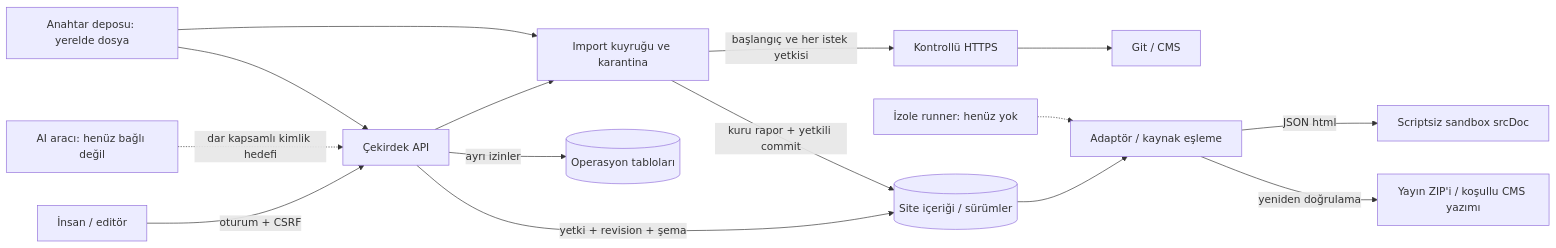
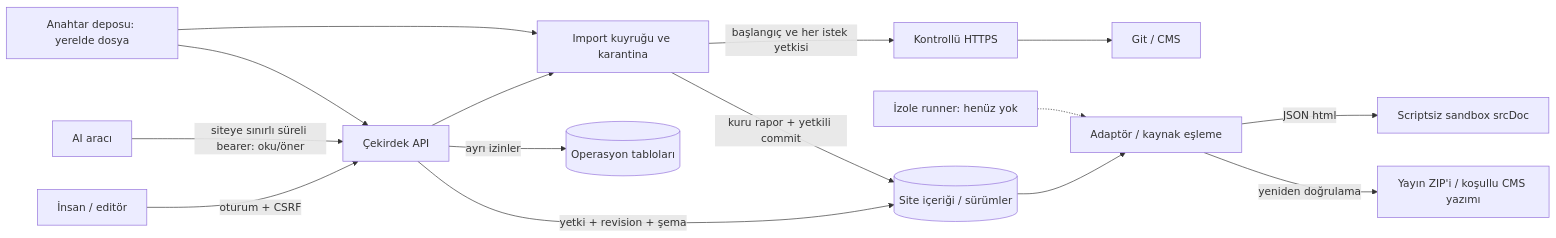
Before and after one commit to rasim21-maker/.studio: the diagram in docs/security/threat-model.md, drawn with Mermaid. The commit also changed other lines of this file and 37 other files, not shown here.

````diff
--- a/docs/security/threat-model.md
+++ b/docs/security/threat-model.md
@@ -16,17 +16,17 @@
 ```mermaid
 flowchart LR
   U[İnsan / editör] -->|oturum + CSRF| A[Çekirdek API]
-  AI[AI aracı: henüz bağlı değil] -.->|dar kapsamlı kimlik hedefi| A
+  AI[AI aracı] -->|siteye sınırlı süreli bearer: oku/öner| A
   A -->|yetki + revision + şema| D[(Site içeriği / sürümler)]
   A --> Q[Import kuyruğu ve karantina]
   Q -->|başlangıç ve her istek yetkisi| N[Kontrollü HTTPS]
   N --> X[Git / CMS]
   Q -->|kuru rapor + yetkili commit| D
   D --> R[Adaptör / kaynak eşleme]
   R -->|JSON html| P[Scriptsiz sandbox srcDoc]
   R -->|yeniden doğrulama| Z[Yayın ZIP'i / koşullu CMS yazımı]
   A -->|ayrı izinler| O[(Operasyon tabloları)]
   K[Anahtar deposu: yerelde dosya] --> Q
   K --> A
   B[İzole runner: henüz yok] -.-> R
 ```
````
